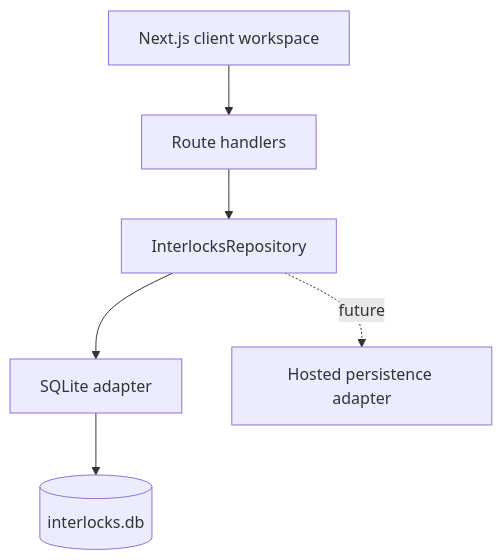
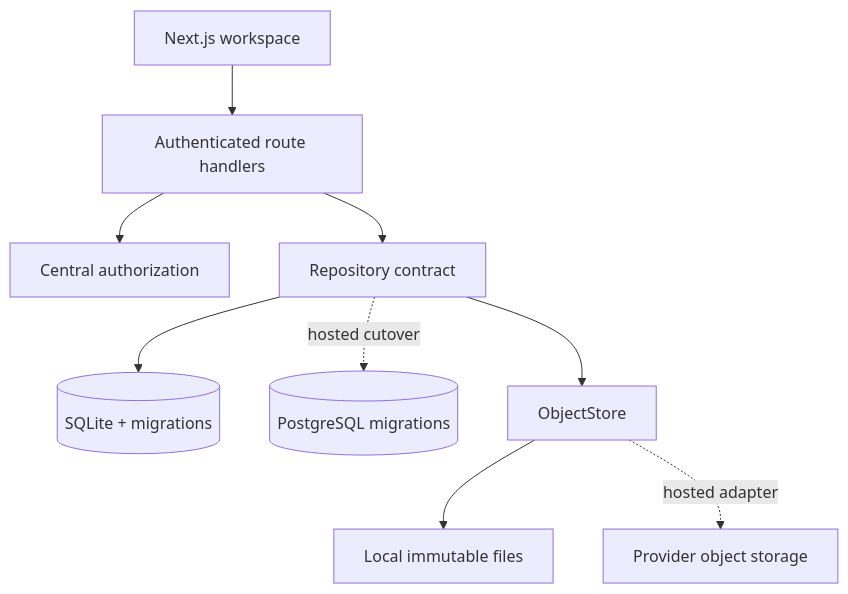
Before and after one commit to howardjp/interlocks: the diagram in docs/architecture.md, drawn with Mermaid. The commit also changed other lines of this file and 6 other files, not shown here.

````diff
--- a/docs/architecture.md
+++ b/docs/architecture.md
@@ -19,8 +36,11 @@
 ```mermaid
 flowchart TD
-  UI[Next.js client workspace] --> API[Route handlers]
-  API --> Contract[InterlocksRepository]
-  Contract --> SQLite[SQLite adapter]
-  Contract -. future .-> Hosted[Hosted persistence adapter]
-  SQLite --> DB[(interlocks.db)]
+  UI[Next.js workspace] --> API[Authenticated route handlers]
+  API --> Auth[Central authorization]
+  API --> Repo[Repository contract]
+  Repo --> SQLite[(SQLite + migrations)]
+  Repo -. hosted cutover .-> Postgres[(PostgreSQL migrations)]
+  Repo --> Objects[ObjectStore]
+  Objects --> Local[Local immutable files]
+  Objects -. hosted adapter .-> Hosted[Provider object storage]
 ```
````
